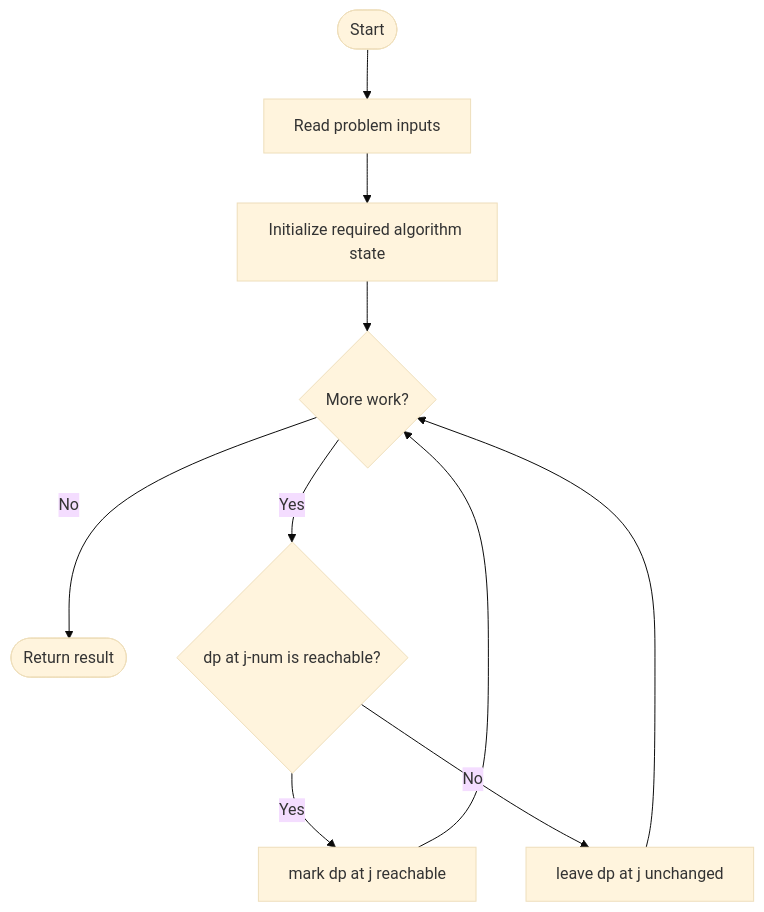
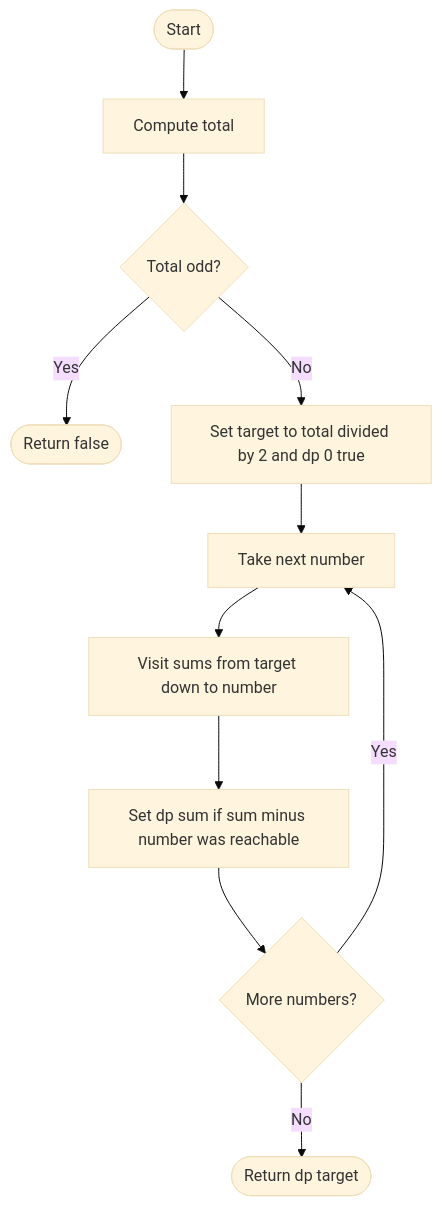
The diagram in LeetCode/416/README.md (SAIDEEPBHANGE/C-CPP-Codes), drawn with Mermaid (base theme) before and after one commit. The commit also changed other lines of this file and 196 other files, not shown here.

````diff
--- a/LeetCode/416/README.md
+++ b/LeetCode/416/README.md
@@ -13,12 +38,13 @@
 ```mermaid
 flowchart TD
-    A([Start]) --> B[Read problem inputs]
-    B --> C[Initialize required algorithm state]
-    C --> D{More work?}
-    D -- No --> Z([Return result])
-    D -- Yes --> E{dp at j-num is reachable?}
-    E -- Yes --> F[mark dp at j reachable]
-    E -- No --> G[leave dp at j unchanged]
-    F --> D
-    G --> D
+    A([Start]) --> B[Compute total]
+    B --> C{Total odd?}
+    C -- Yes --> X([Return false])
+    C -- No --> D[Set target to total divided by 2 and dp 0 true]
+    D --> E[Take next number]
+    E --> F[Visit sums from target down to number]
+    F --> G[Set dp sum if sum minus number was reachable]
+    G --> H{More numbers?}
+    H -- Yes --> E
+    H -- No --> I([Return dp target])
 ```
````
